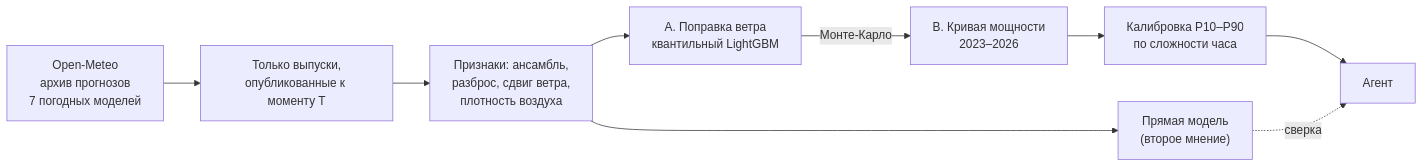
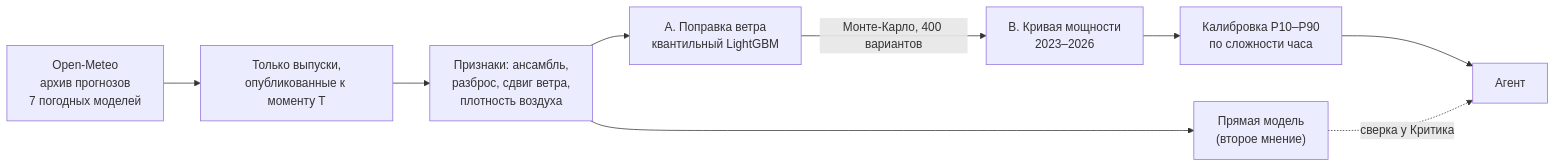
One commit to BAITC-Hacks/hack-9013145c-opentowork changed the first of 2 diagrams in README.md. Above: the diagram before and after it, drawn with Mermaid. The commit also changed other lines of this file and 1 other file, not shown here.

````diff
--- a/README.md
+++ b/README.md
@@ -333,11 +208,11 @@
 ```mermaid
 graph LR
     OM["Open-Meteo<br/>архив прогнозов<br/>7 погодных моделей"] --> PIT["Только выпуски,<br/>опубликованные к моменту T"]
     PIT --> F["Признаки: ансамбль,<br/>разброс, сдвиг ветра,<br/>плотность воздуха"]
     F --> A["A. Поправка ветра<br/>квантильный LightGBM"]
-    A -->|Монте-Карло| B["B. Кривая мощности<br/>2023–2026"]
+    A -->|Монте-Карло, 400 вариантов| B["B. Кривая мощности<br/>2023–2026"]
     B --> E["Калибровка P10–P90<br/>по сложности часа"]
     F --> C["Прямая модель<br/>(второе мнение)"]
     E --> AG[Агент]
-    C -.->|сверка| AG
+    C -.->|сверка у Критика| AG
 ```
````
